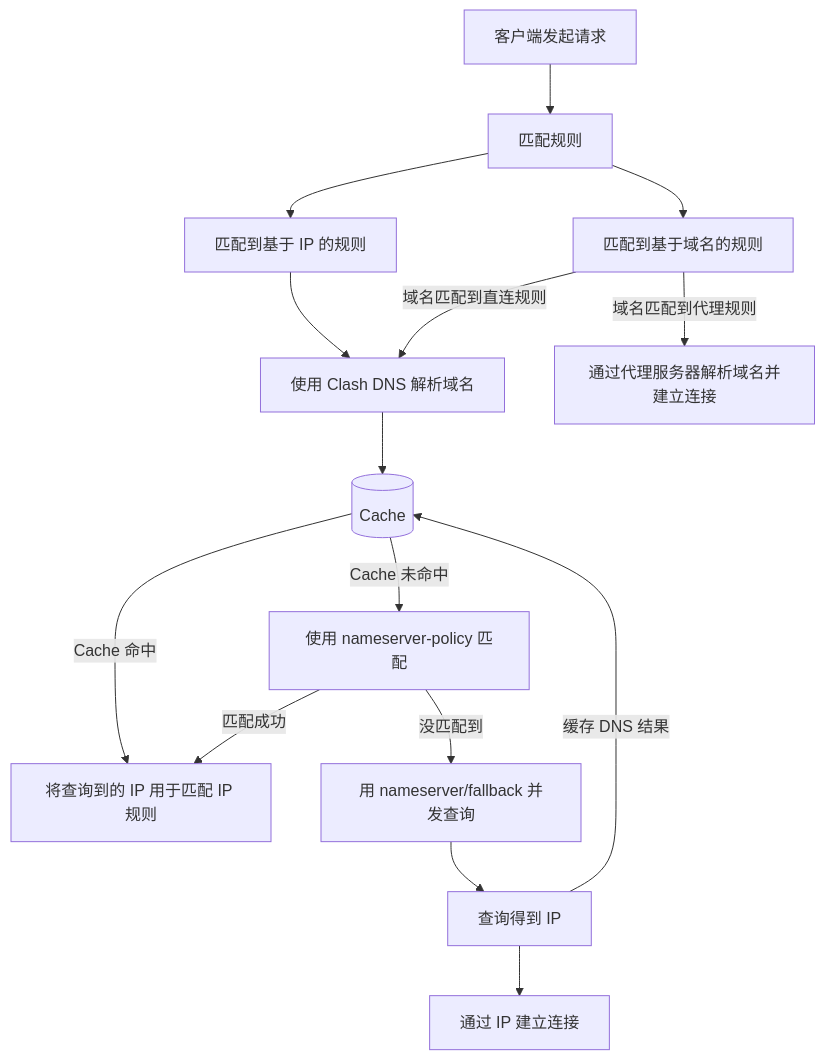
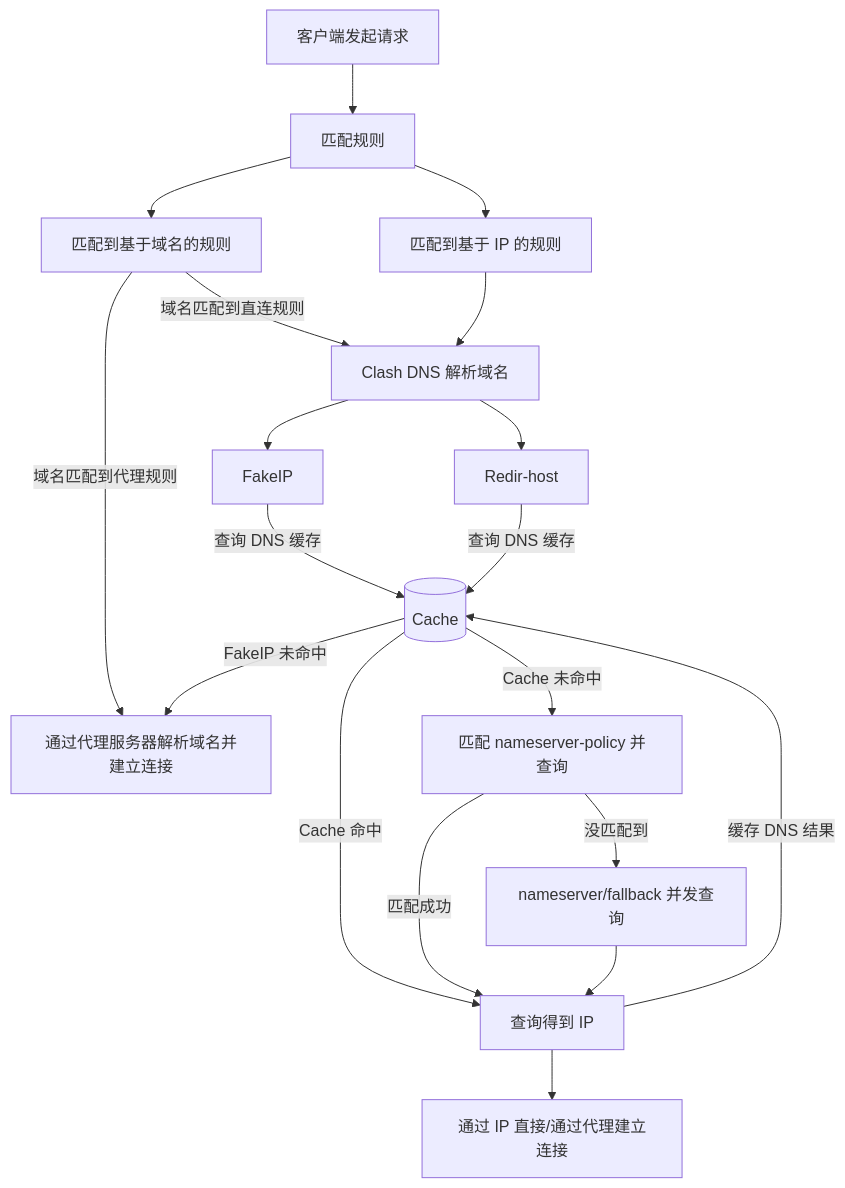
Before and after one commit to MetaCubeX/Meta-Docs: the diagram in docs/config/dns/diagram.md, drawn with Mermaid.

````diff
--- a/docs/config/dns/diagram.md
+++ b/docs/config/dns/diagram.md
@@ -3,20 +3,30 @@
 ```mermaid
 flowchart TD
-  A[客户端发起请求] --> B[匹配规则]
-  B --> IP[匹配到基于 IP 的规则]
-  B -->  I[匹配到基于域名的规则]
-  IP --> DNS[使用 Clash DNS 解析域名]
+  Start[客户端发起请求] --> rule[匹配规则]
+  rule -->  Domain[匹配到基于域名的规则]
+  rule --> IP[匹配到基于 IP 的规则]
+  
+  Domain --> |域名匹配到直连规则|DNS
+  IP --> DNS[Clash DNS 解析域名]
 
-  DNS --> Cache
-  Cache --> |Cache 未命中|NS[使用 nameserver-policy 匹配]
-  Cache --> |Cache 命中|G
+  
+  Domain --> |域名匹配到代理规则|Remote[通过代理服务器解析域名并建立连接]
 
-  NS --> |匹配成功| G[将查询到的 IP 用于匹配 IP 规则]
-  NS --> |没匹配到| F[用 nameserver/fallback 并发查询]
+  Cache --> |Cache 未命中|NS[匹配 nameserver-policy 并查询 ]
+  Cache --> |Cache 命中|Get
+  Cache --> |FakeIP 未命中|Remote 
 
-  F --> Get[查询得到 IP]
-  Get --> |缓存 DNS 结果 |Cache[(Cache)]
-  I --> |域名匹配到直连规则| DNS
-  I --> |域名匹配到代理规则|L[通过代理服务器解析域名并建立连接]
-  Get --> S[通过 IP 建立连接]
+  NS --> |匹配成功| Get[将查询到的 IP 用于匹配 IP 规则]
+  NS --> |没匹配到| NF[nameserver/fallback 并发查询]
+
+  NF --> Get[查询得到 IP]
+  Get --> |缓存 DNS 结果|Cache[(Cache)]
+  Get --> S[通过 IP 直接/通过代理建立连接]
+
+  DNS --> Redir-host 
+  DNS --> FakeIP
+  FakeIP --> |查询 DNS 缓存|Cache
+  Redir-host --> |查询 DNS 缓存| Cache
+
+
 ```
````
